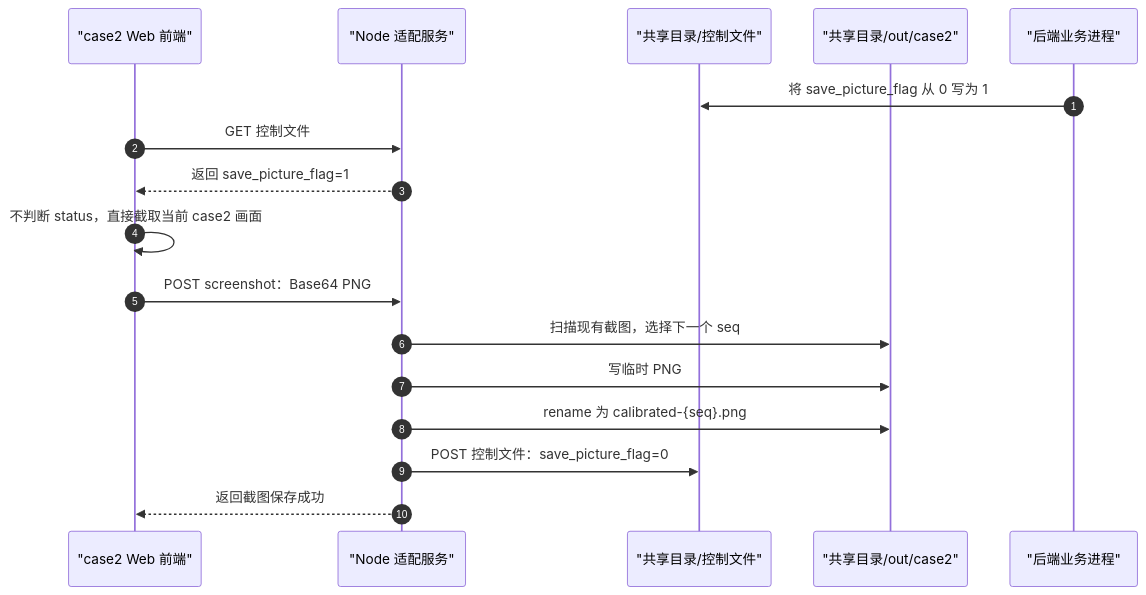
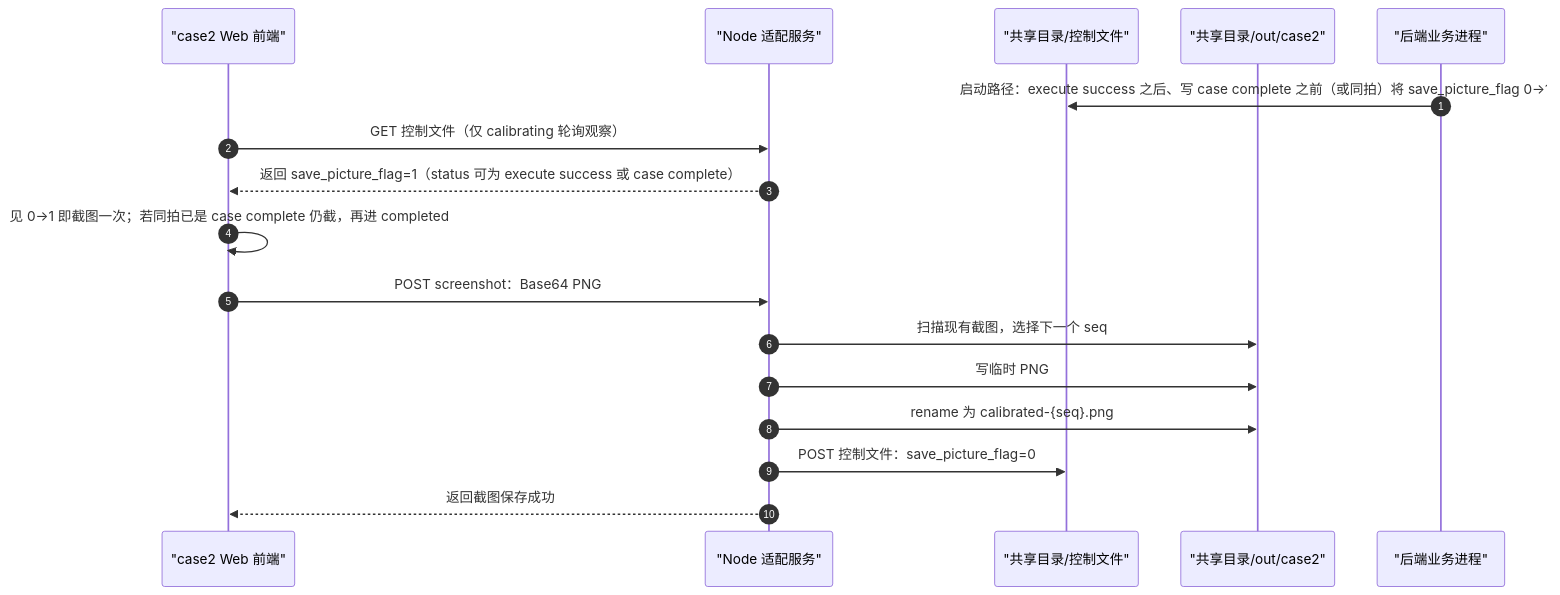
One commit to JackweiStud/2030-DT changed the third of 3 diagrams in doc/case2/API-CONTRACT.md. Above: the diagram before and after it, drawn with Mermaid. The commit also changed other lines of this file and 16 other files, not shown here.

````diff
--- a/doc/case2/API-CONTRACT.md
+++ b/doc/case2/API-CONTRACT.md
@@ -110,20 +110,20 @@
 ```mermaid
 sequenceDiagram
   autonumber
   participant Web as "case2 Web 前端"
   participant Node as "Node 适配服务"
   participant Shared as "共享目录/控制文件"
   participant Out as "共享目录/out/case2"
   participant Backend as "后端业务进程"
 
-  Backend->>Shared: 将 save_picture_flag 从 0 写为 1
-  Web->>Node: GET 控制文件
-  Node-->>Web: 返回 save_picture_flag=1
-  Web->>Web: 不判断 status，直接截取当前 case2 画面
+  Backend->>Shared: 启动路径：execute success 之后、写 case complete 之前（或同拍）将 save_picture_flag 0→1
+  Web->>Node: GET 控制文件（仅 calibrating 轮询观察）
+  Node-->>Web: 返回 save_picture_flag=1（status 可为 execute success 或 case complete）
+  Web->>Web: 见 0→1 即截图一次；若同拍已是 case complete 仍截，再进 completed
   Web->>Node: POST screenshot：Base64 PNG
   Node->>Out: 扫描现有截图，选择下一个 seq
   Node->>Out: 写临时 PNG
   Node->>Out: rename 为 calibrated-{seq}.png
   Node->>Shared: POST 控制文件：save_picture_flag=0
   Node-->>Web: 返回截图保存成功
 ```
````
